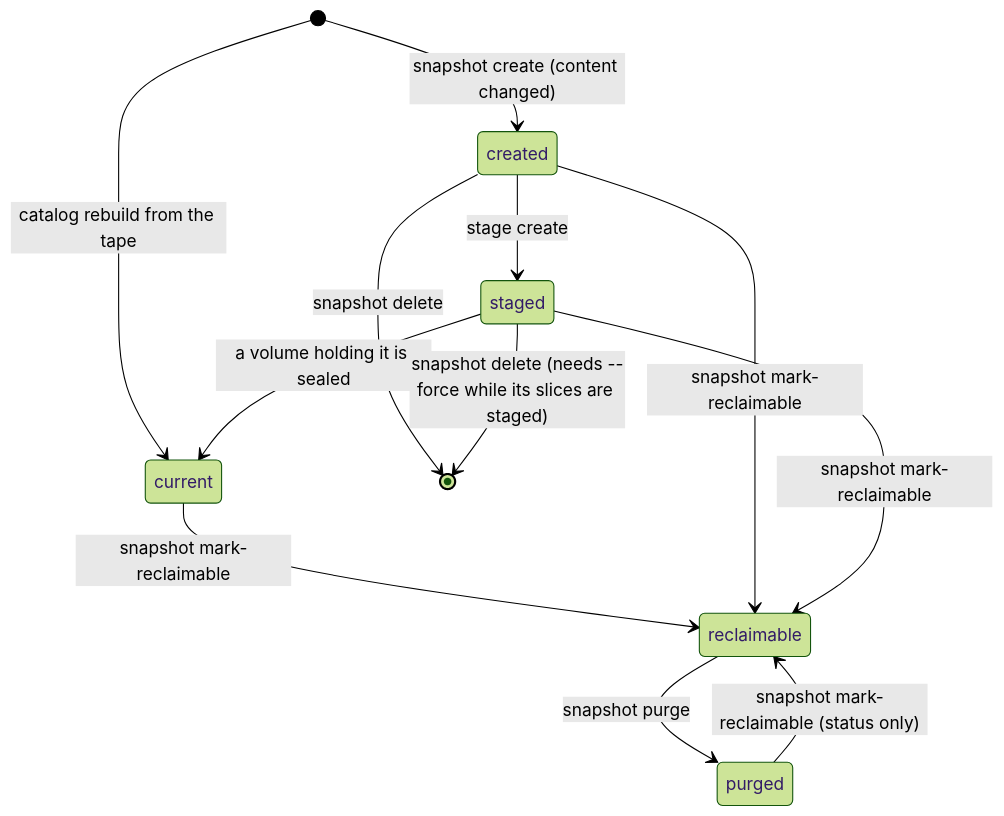
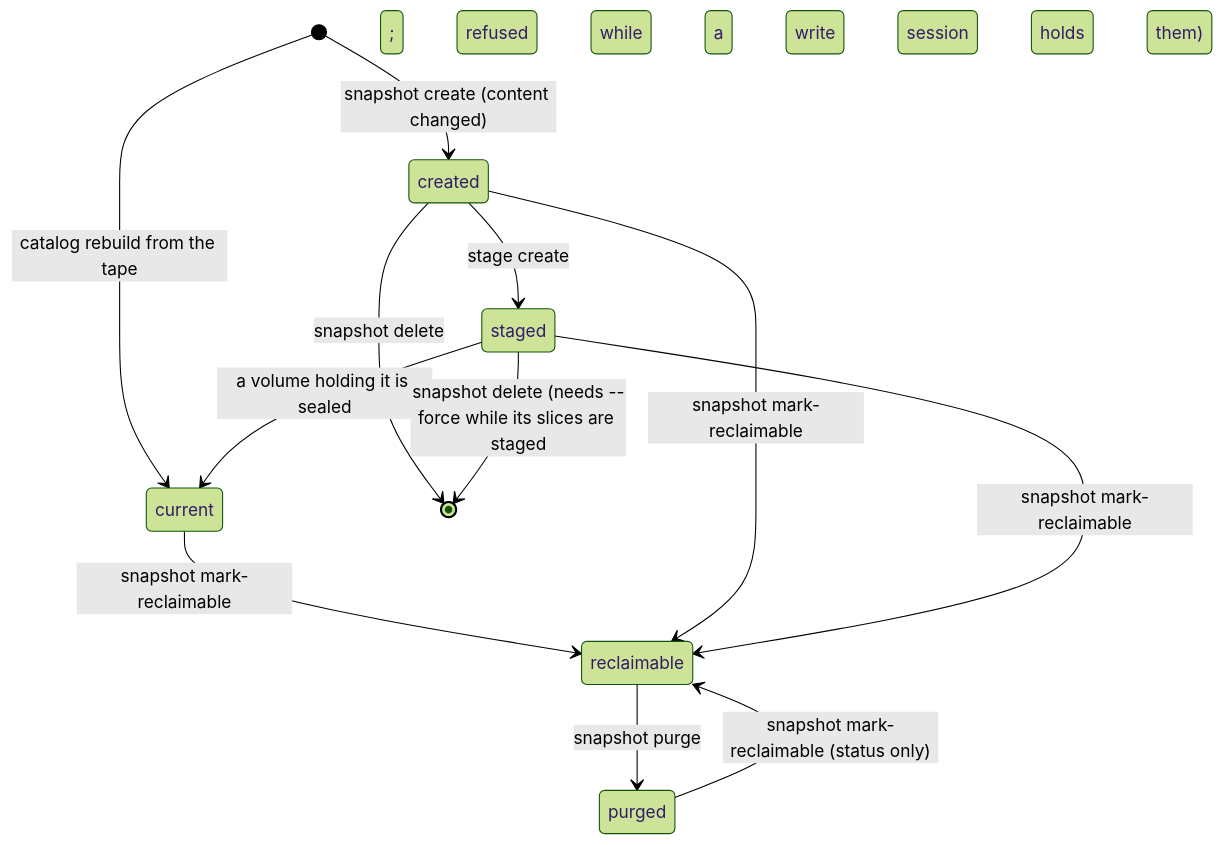
One commit to mikmorg/tapectl changed the sixth of 7 diagrams in docs/concepts.md. Above: the diagram before and after it, drawn with Mermaid (forest theme). The commit also changed 2 other files, not shown here.

Commit message:
docs: the texts wave 2 changes the meaning of (#527, #530, #540)
The operator guide's db import is no longer "a raw page copy" (#530: it
checks its source, runs over a catalog that will not open, keeps what it
replaces; fsck --repair refuses a damaged catalog), and snapshot delete
is refused while a write session holds its slices (#540), as concepts.md
now says too. Runbook C says what catalog rebuild does with a unit of the
same name under another uuid (#527).

Claude-Session: https://claude.ai/code/session_01HYeD2wTdsLZnx9vC54h5Co

````diff
--- a/docs/concepts.md
+++ b/docs/concepts.md
@@ -810,14 +810,14 @@
 ```mermaid
 stateDiagram-v2
     [*] --> created : snapshot create (content changed)
     [*] --> current : catalog rebuild from the tape
     created --> staged : stage create
     staged --> current : a volume holding it is sealed
     current --> reclaimable : snapshot mark-reclaimable
     created --> reclaimable : snapshot mark-reclaimable
     staged --> reclaimable : snapshot mark-reclaimable
     reclaimable --> purged : snapshot purge
     purged --> reclaimable : snapshot mark-reclaimable (status only)
     created --> [*] : snapshot delete
-    staged --> [*] : snapshot delete (needs --force while its slices are staged)
+    staged --> [*] : snapshot delete (needs --force while its slices are staged; refused while a write session holds them)
 ```
````
